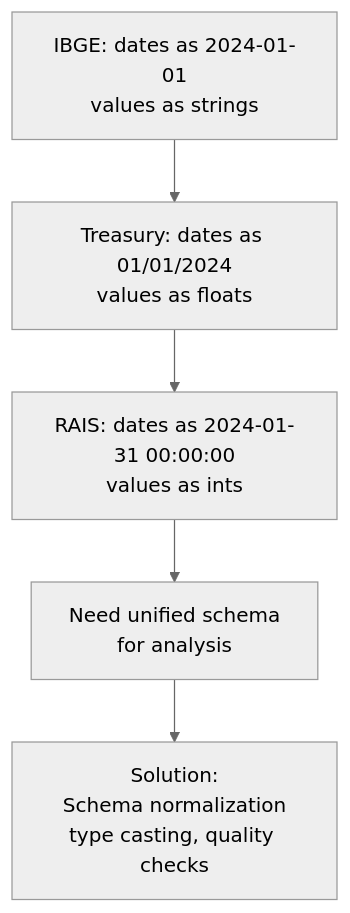
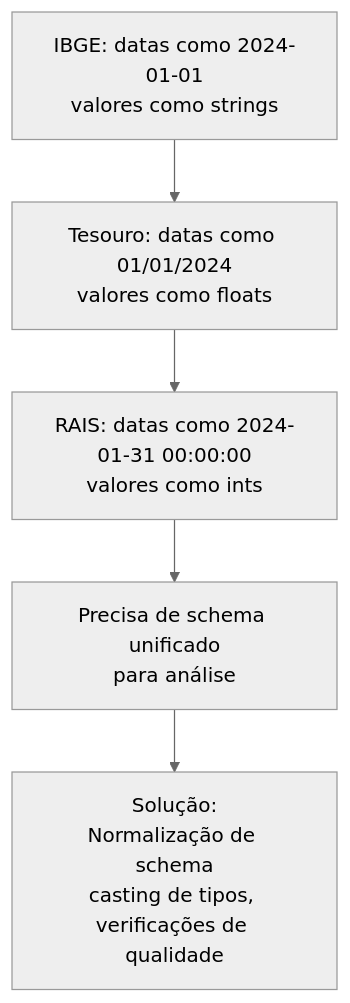
Before and after one commit to Quantilica/docs: the fifth of 7 diagrams in docs/concepts/data-engineering.md, drawn with Mermaid (neutral theme). The commit also changed other lines of this file and 31 other files, not shown here.

````diff
--- a/docs/concepts/data-engineering.md
+++ b/docs/concepts/data-engineering.md
@@ -58,7 +58,7 @@
 ```mermaid
 graph TD
-    A["IBGE: dates as 2024-01-01<br/>values as strings"] --> B["Treasury: dates as 01/01/2024<br/>values as floats"]
-    B --> C["RAIS: dates as 2024-01-31 00:00:00<br/>values as ints"]
-    C --> D["Need unified schema<br/>for analysis"]
-    D --> E["Solution:<br/>Schema normalization<br/>type casting, quality checks"]
+    A["IBGE: datas como 2024-01-01<br/>valores como strings"] --> B["Tesouro: datas como 01/01/2024<br/>valores como floats"]
+    B --> C["RAIS: datas como 2024-01-31 00:00:00<br/>valores como ints"]
+    C --> D["Precisa de schema unificado<br/>para análise"]
+    D --> E["Solução:<br/>Normalização de schema<br/>casting de tipos, verificações de qualidade"]
 ```
````
